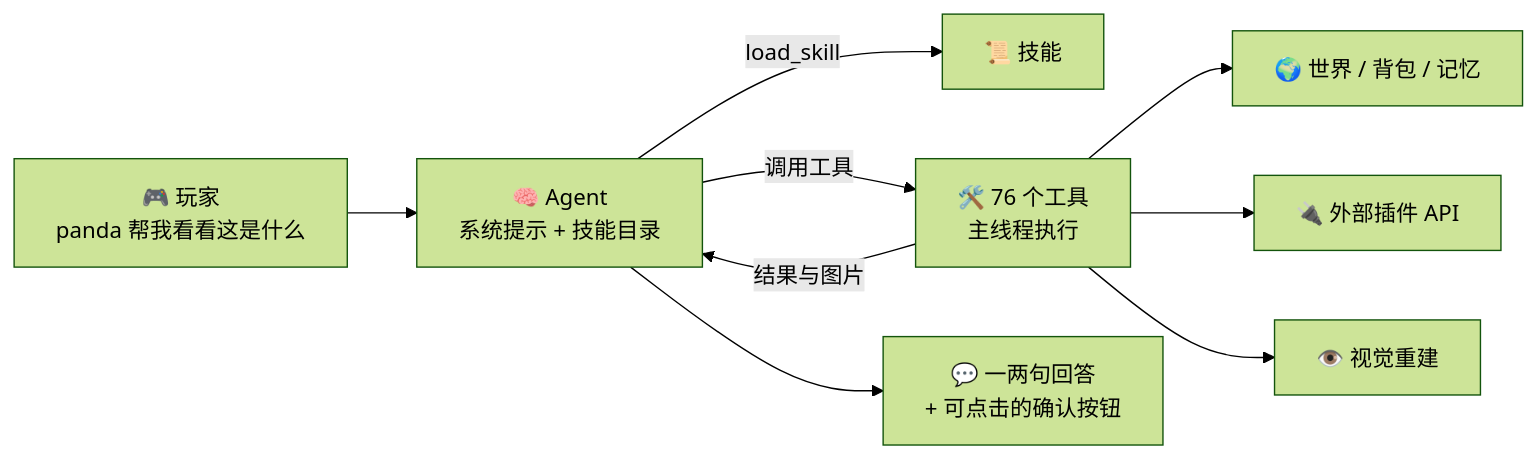
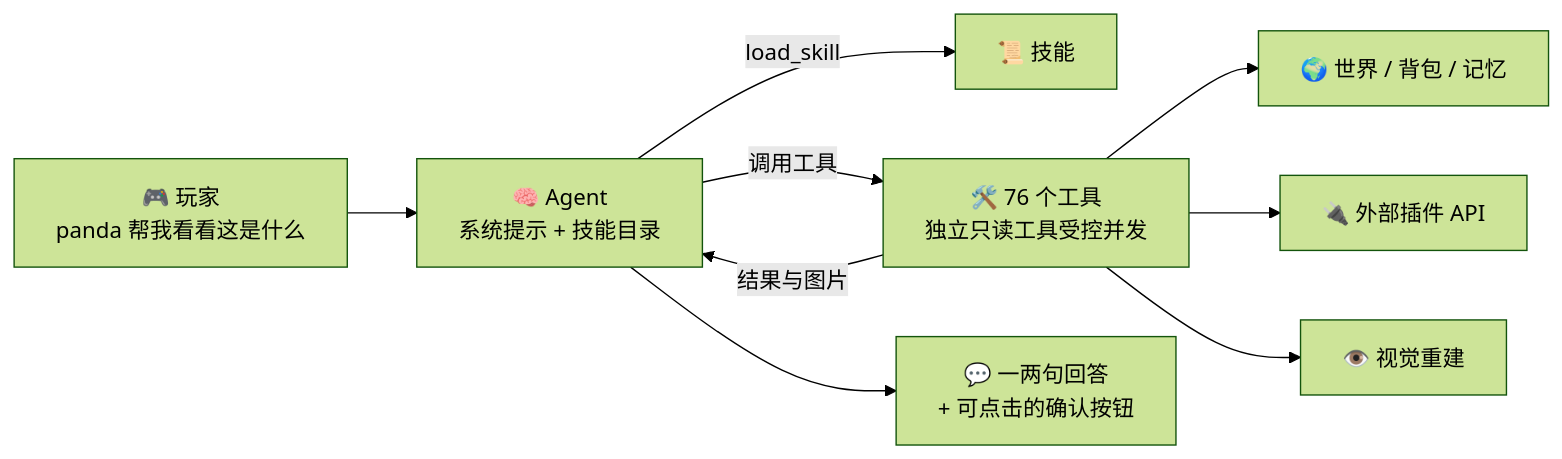
One commit to obsidianplusplus/PandaGPT changed the diagram in docs/wiki/zh/Home.md. Above: the diagram before and after it, drawn with Mermaid (forest theme). The commit also changed 13 other files, not shown here.

Commit message:
Fix wiki tables, diagrams, and navigation

````diff
--- a/docs/wiki/zh/Home.md
+++ b/docs/wiki/zh/Home.md
@@ -64,11 +64,11 @@
 ```mermaid
 flowchart LR
     P["🎮 玩家<br/>panda 帮我看看这是什么"] --> A["🧠 Agent<br/>系统提示 + 技能目录"]
     A -->|load_skill| S["📜 技能"]
-    A -->|调用工具| T["🛠️ 76 个工具<br/>主线程执行"]
+    A -->|调用工具| T["🛠️ 76 个工具<br/>独立只读工具受控并发"]
     T --> W["🌍 世界 / 背包 / 记忆"]
     T --> I["🔌 外部插件 API"]
     T --> V["👁️ 视觉重建"]
     T -->|结果与图片| A
     A --> R["💬 一两句回答<br/>+ 可点击的确认按钮"]
 ```
````
